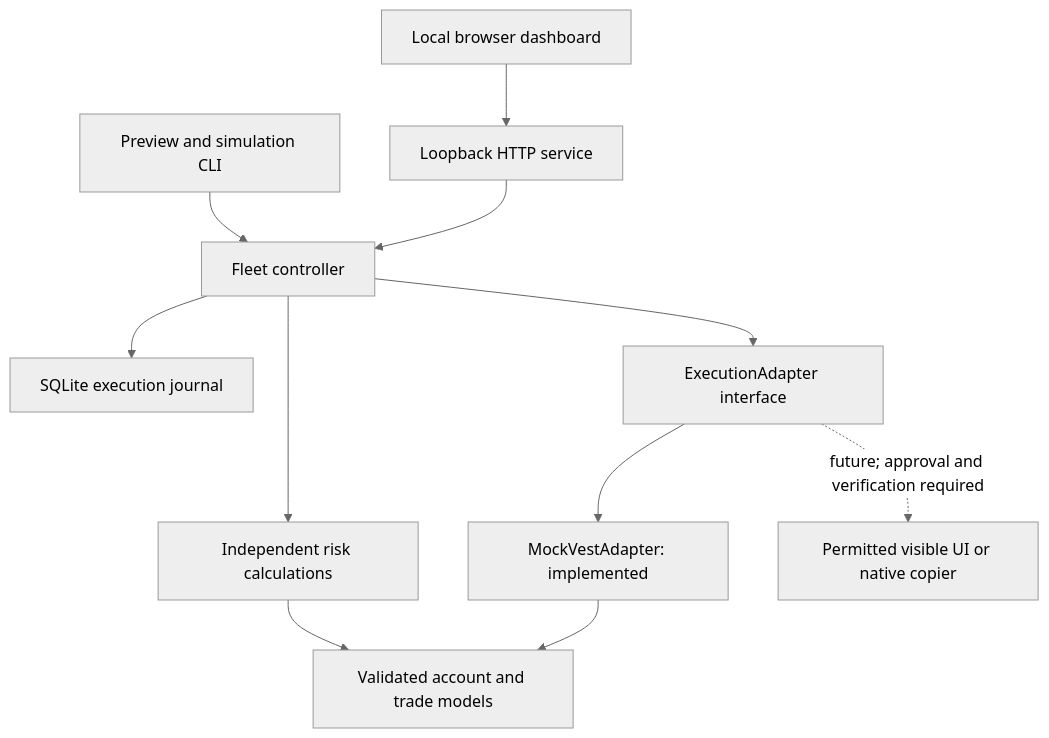
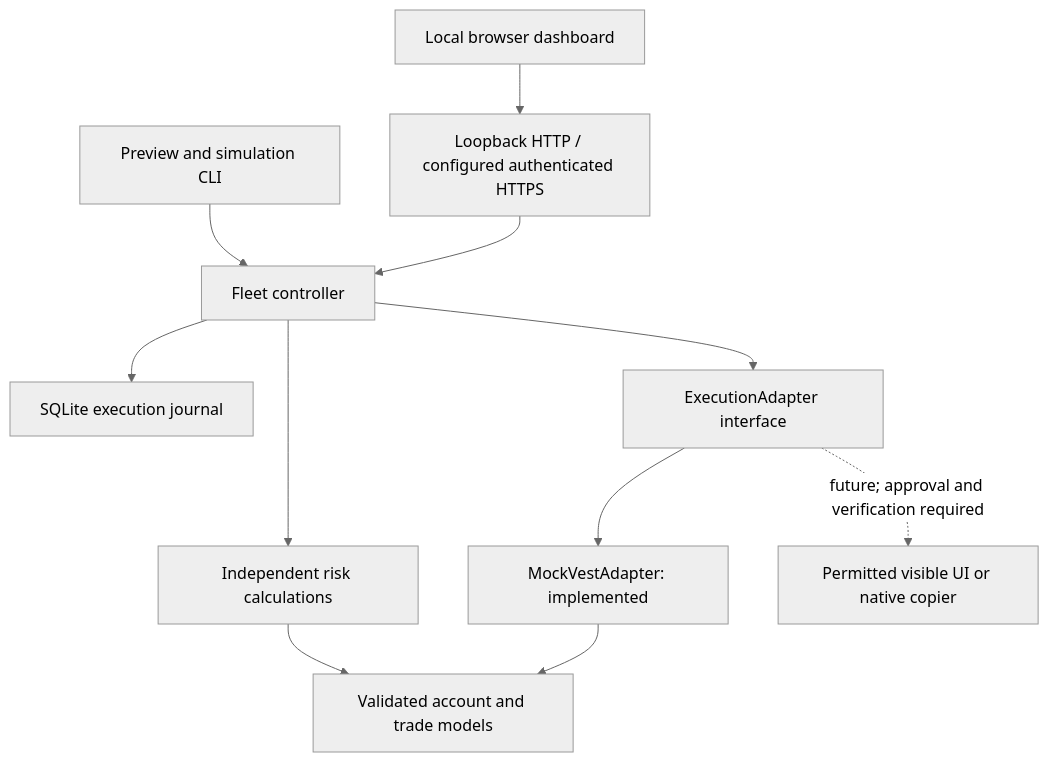
One commit to Mahdi451/vest-fleet-controller changed the first of 2 diagrams in DEVELOPMENT.md. Above: the diagram before and after it, drawn with Mermaid (neutral theme). The commit also changed other lines of this file and 5 other files, not shown here.

````diff
--- a/DEVELOPMENT.md
+++ b/DEVELOPMENT.md
@@ -78,13 +88,13 @@
 ```mermaid
 flowchart TD
     CLI["Preview and simulation CLI"] --> Controller["Fleet controller"]
-    Browser["Local browser dashboard"] --> Server["Loopback HTTP service"]
+    Browser["Local browser dashboard"] --> Server["Loopback HTTP / configured authenticated HTTPS"]
     Server --> Controller
     Controller --> Risk["Independent risk calculations"]
     Risk --> Core["Validated account and trade models"]
     Controller --> Journal["SQLite execution journal"]
     Controller --> Adapter["ExecutionAdapter interface"]
     Adapter --> Mock["MockVestAdapter: implemented"]
     Adapter -. "future; approval and verification required" .-> Live["Permitted visible UI or native copier"]
     Mock --> Core
 ```
````
